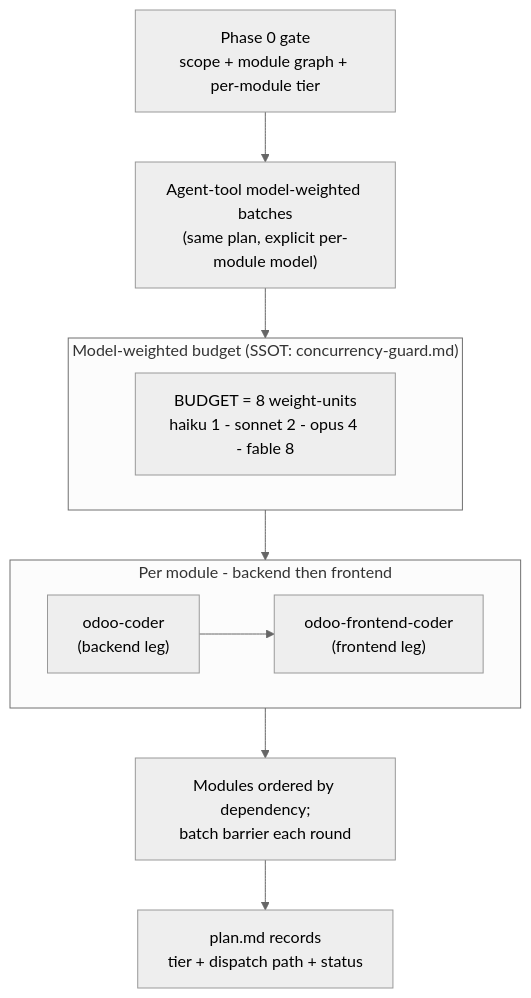
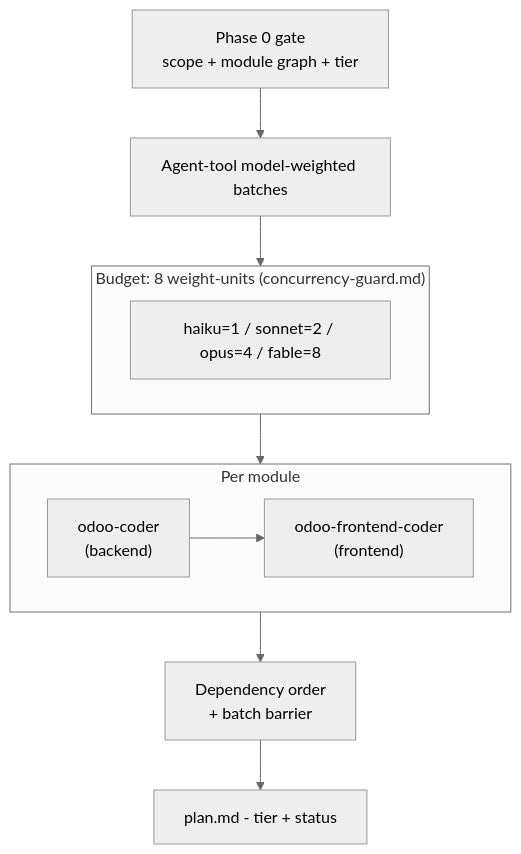
Before and after one commit to Viindoo/odoo-mcp-client: the third of 6 diagrams in plugins/odoo-ai-agents/README.md, drawn with Mermaid (neutral theme). The commit also changed other lines of this file and 25 other files, not shown here.

````diff
--- a/plugins/odoo-ai-agents/README.md
+++ b/plugins/odoo-ai-agents/README.md
@@ -224,20 +254,19 @@
 ```mermaid
 flowchart TD
-    GATE["Phase 0 gate<br/>scope + module graph + per-module tier"]
-    GATE --> BATCH["Agent-tool model-weighted batches<br/>(same plan, explicit per-module model)"]
+    GATE["Phase 0 gate<br/>scope + module graph + tier"]
+    GATE --> BATCH["Agent-tool model-weighted batches"]
 
-    subgraph BUDGET["Model-weighted budget (SSOT: concurrency-guard.md)"]
-        W["BUDGET = 8 weight-units<br/>haiku 1 - sonnet 2 - opus 4 - fable 8"]
+    subgraph BUDGET["Budget: 8 weight-units (concurrency-guard.md)"]
+        W["haiku=1 / sonnet=2 / opus=4 / fable=8"]
     end
 
     BATCH --> BUDGET
 
-    subgraph PERMOD["Per module - backend then frontend"]
-        direction LR
-        BE["odoo-coder<br/>(backend leg)"] --> FE["odoo-frontend-coder<br/>(frontend leg)"]
+    subgraph PERMOD["Per module"]
+        BE["odoo-coder<br/>(backend)"] --> FE["odoo-frontend-coder<br/>(frontend)"]
     end
 
     BUDGET --> PERMOD
-    PERMOD --> DEP["Modules ordered by dependency;<br/>batch barrier each round"]
-    DEP --> PLAN["plan.md records<br/>tier + dispatch path + status"]
+    PERMOD --> DEP["Dependency order<br/>+ batch barrier"]
+    DEP --> PLAN["plan.md - tier + status"]
 ```
````
